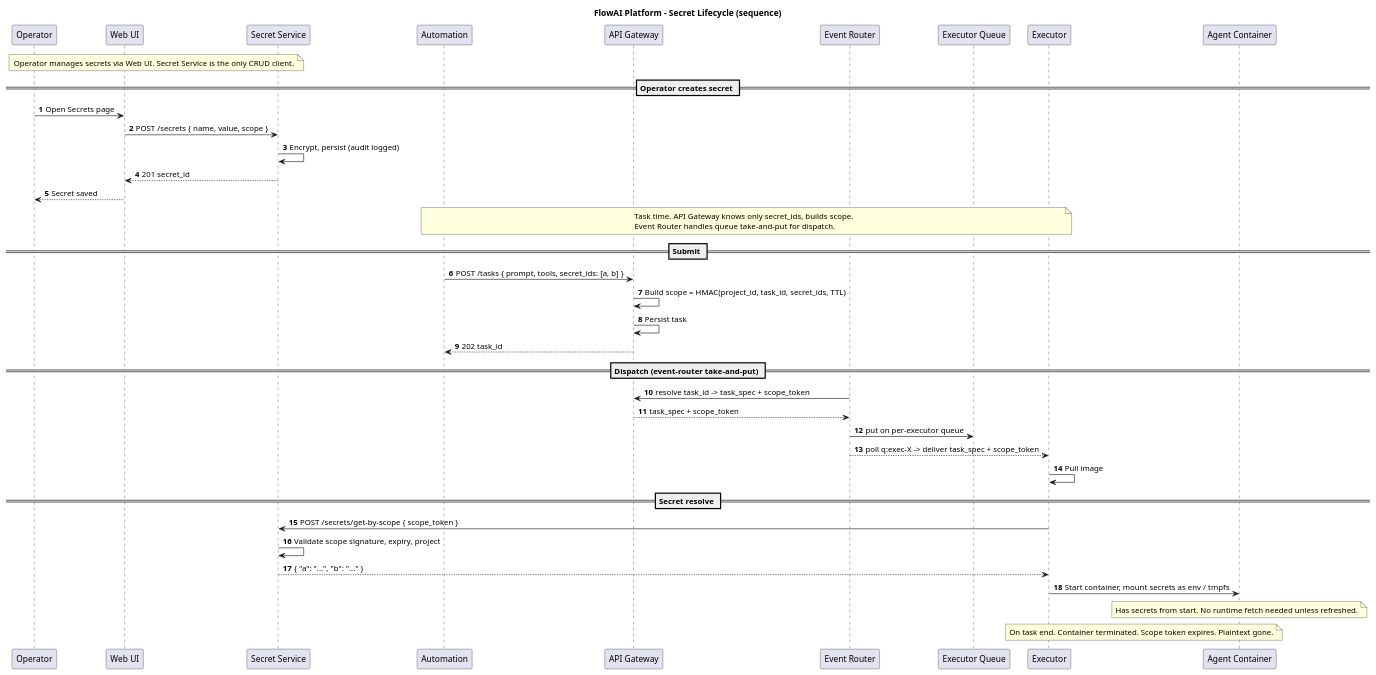
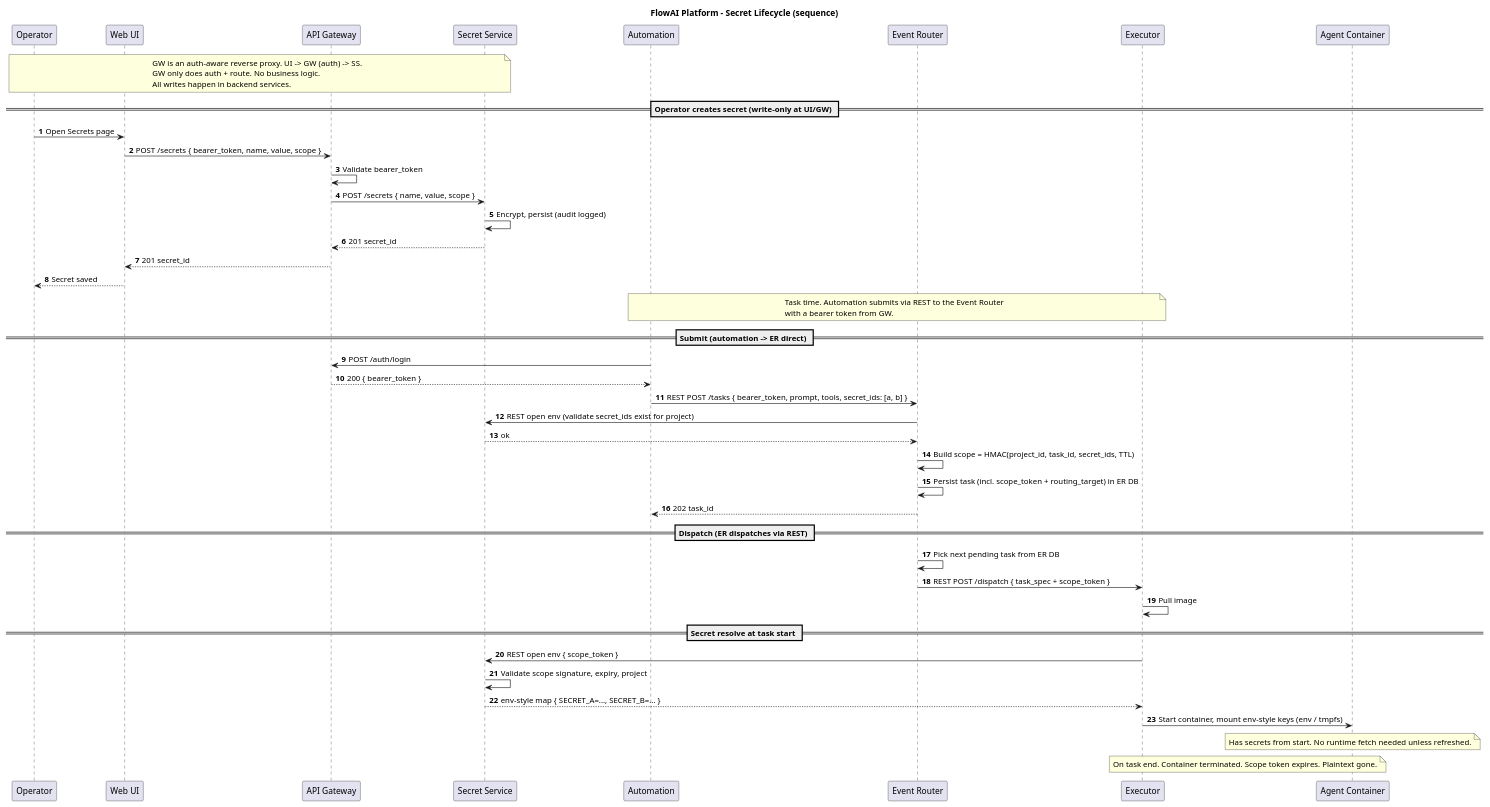
Before and after one commit to pandops/flowai: the diagram in docs/architecture/diagrams/05-sequence-secrets.puml, drawn with PlantUML. The commit also changed 1 other file, not shown here.

Commit message:
docs(architecture): update sequence diagrams for auth-proxy and no-queue model
Reflect the architectural changes in the sequence-level views:

04-sequence-task-lifecycle.puml: add 'Auto -> GW : POST /auth/login -> 200 { bearer_token }' at the start of submit; replace every 'GW queries' with 'GW: Validate bearer_token; REST proxy'; WS subscribe path goes UI -> GW (bearer_token) -> GW validate -> ER subscribe; live event path goes ER -> GW : REST push -> GW proxies WS frame to UI. No more queue participants, no more LPUSH/BLPOP, no more pg participant (state lives in ER DB now).

05-sequence-secrets.puml: F1 path 'UI -> GW (bearer_token) -> GW validate -> SS (POST /secrets)'; F2 path 'Auto -> GW (auth) -> ER (REST with bearer_token) -> ER validate'. ER does all the work (call SS open env, build scope, persist, return 202).

Ultraworked with [Sisyphus](https://github.com/code-yeongyu/oh-my-openagent)

```diff
--- a/docs/architecture/diagrams/05-sequence-secrets.puml
+++ b/docs/architecture/diagrams/05-sequence-secrets.puml
@@ -1,63 +1,69 @@
 @startuml 05-sequence-secrets
 title FlowAI Platform - Secret Lifecycle (sequence)
 
 autonumber
 
 participant "Operator" as Op
 participant "Web UI" as UI
+participant "API Gateway" as GW
 participant "Secret Service" as SS
 participant "Automation" as Auto
-participant "API Gateway" as GW
 participant "Event Router" as ER
-participant "Executor Queue" as qexec
 participant "Executor" as EX
 participant "Agent Container" as AG
 
 note over Op, SS
-  Operator manages secrets via Web UI. Secret Service is the only CRUD client.
+  GW is an auth-aware reverse proxy. UI -> GW (auth) -> SS.
+  GW only does auth + route. No business logic.
+  All writes happen in backend services.
 end note
 
-== Operator creates secret ==
+== Operator creates secret (write-only at UI/GW) ==
 
 Op -> UI : Open Secrets page
-UI -> SS : POST /secrets { name, value, scope }
+UI -> GW : POST /secrets { bearer_token, name, value, scope }
+GW -> GW : Validate bearer_token
+GW -> SS : POST /secrets { name, value, scope }
 SS -> SS : Encrypt, persist (audit logged)
-SS --> UI : 201 secret_id
+SS --> GW : 201 secret_id
+GW --> UI : 201 secret_id
 UI --> Op : Secret saved
 
 note over Auto, EX
-  Task time. API Gateway knows only secret_ids, builds scope.
-  Event Router handles queue take-and-put for dispatch.
+  Task time. Automation submits via REST to the Event Router
+  with a bearer token from GW.
 end note
 
-== Submit ==
+== Submit (automation -> ER direct) ==
 
-Auto -> GW : POST /tasks { prompt, tools, secret_ids: [a, b] }
-GW -> GW : Build scope = HMAC(project_id, task_id, secret_ids, TTL)
-GW -> GW : Persist task
-GW --> Auto : 202 task_id
+Auto -> GW : POST /auth/login
+GW --> Auto : 200 { bearer_token }
+Auto -> ER : REST POST /tasks { bearer_token, prompt, tools, secret_ids: [a, b] }
+ER -> SS : REST open env (validate secret_ids exist for project)
+SS --> ER : ok
+ER -> ER : Build scope = HMAC(project_id, task_id, secret_ids, TTL)
+ER -> ER : Persist task (incl. scope_token + routing_target) in ER DB
+ER --> Auto : 202 task_id
 
-== Dispatch (event-router take-and-put) ==
+== Dispatch (ER dispatches via REST) ==
 
-ER -> GW : resolve task_id -> task_spec + scope_token
-GW --> ER : task_spec + scope_token
-ER -> qexec : put on per-executor queue
-ER --> EX : poll q:exec-X -> deliver task_spec + scope_token
+ER -> ER : Pick next pending task from ER DB
+ER -> EX : REST POST /dispatch { task_spec + scope_token }
 EX -> EX : Pull image
 
-== Secret resolve ==
+== Secret resolve at task start ==
 
-EX -> SS : POST /secrets/get-by-scope { scope_token }
+EX -> SS : REST open env { scope_token }
 SS -> SS : Validate scope signature, expiry, project
-SS --> EX : { "a": "...", "b": "..." }
-EX -> AG : Start container, mount secrets as env / tmpfs
+SS --> EX : env-style map { SECRET_A=..., SECRET_B=... }
+EX -> AG : Start container, mount env-style keys (env / tmpfs)
 
 note over AG
   Has secrets from start. No runtime fetch needed unless refreshed.
 end note
 
 note over AG, EX
   On task end. Container terminated. Scope token expires. Plaintext gone.
 end note
 
 @enduml
```
